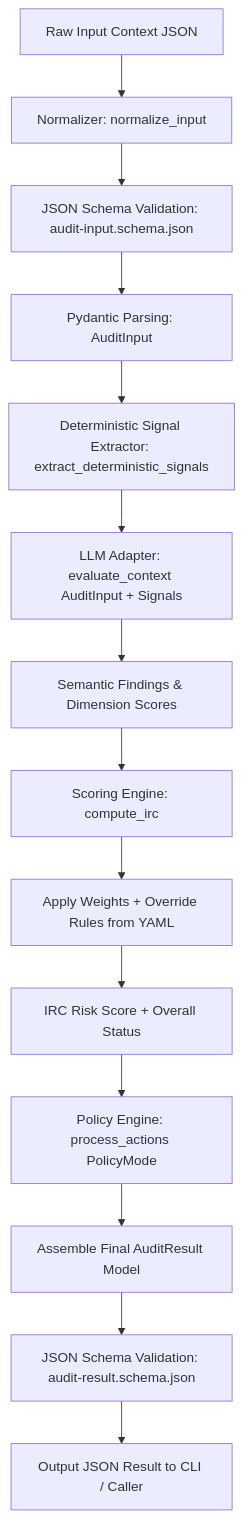
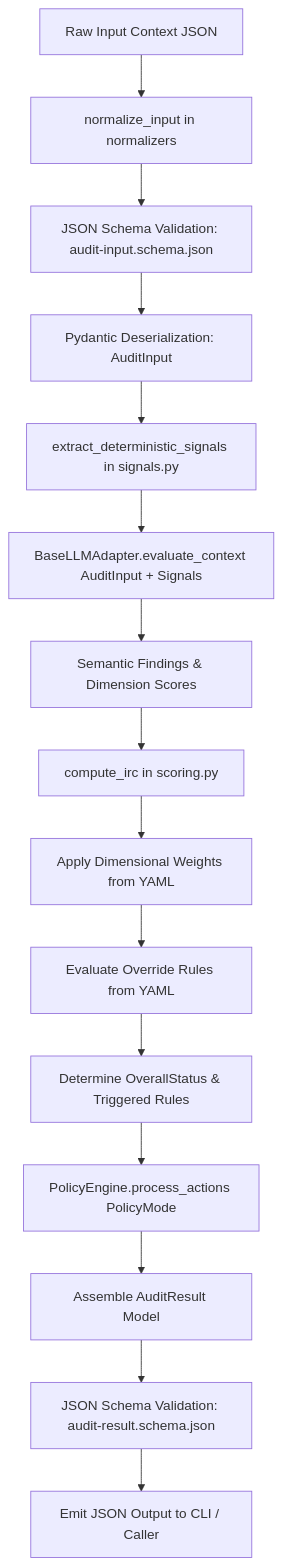
The diagram in 001_Seed/seed-context-entropy-auditor-master.md (AlvaroAlejandroFinOps/ContextEntropy-Auditor), drawn with Mermaid before and after one commit. The commit also changed other lines of this file and 1 other file, not shown here.

````diff
--- a/001_Seed/seed-context-entropy-auditor-master.md
+++ b/001_Seed/seed-context-entropy-auditor-master.md
@@ -178,16 +195,17 @@
 ```mermaid
 graph TD
-    A[Raw Input Context JSON] --> B[Normalizer: normalize_input]
+    A[Raw Input Context JSON] --> B[normalize_input in normalizers]
     B --> C[JSON Schema Validation: audit-input.schema.json]
-    C --> D[Pydantic Parsing: AuditInput]
-    D --> E[Deterministic Signal Extractor: extract_deterministic_signals]
-    E --> F[LLM Adapter: evaluate_context AuditInput + Signals]
+    C --> D[Pydantic Deserialization: AuditInput]
+    D --> E[extract_deterministic_signals in signals.py]
+    E --> F[BaseLLMAdapter.evaluate_context AuditInput + Signals]
     F --> G[Semantic Findings & Dimension Scores]
-    G --> H[Scoring Engine: compute_irc]
-    H --> I[Apply Weights + Override Rules from YAML]
-    I --> J[IRC Risk Score + Overall Status]
-    J --> K[Policy Engine: process_actions PolicyMode]
-    K --> L[Assemble Final AuditResult Model]
-    L --> M[JSON Schema Validation: audit-result.schema.json]
-    M --> N[Output JSON Result to CLI / Caller]
+    G --> H[compute_irc in scoring.py]
+    H --> I[Apply Dimensional Weights from YAML]
+    I --> J[Evaluate Override Rules from YAML]
+    J --> K[Determine OverallStatus & Triggered Rules]
+    K --> L[PolicyEngine.process_actions PolicyMode]
+    L --> M[Assemble AuditResult Model]
+    M --> N[JSON Schema Validation: audit-result.schema.json]
+    N --> O[Emit JSON Output to CLI / Caller]
 ```
````
